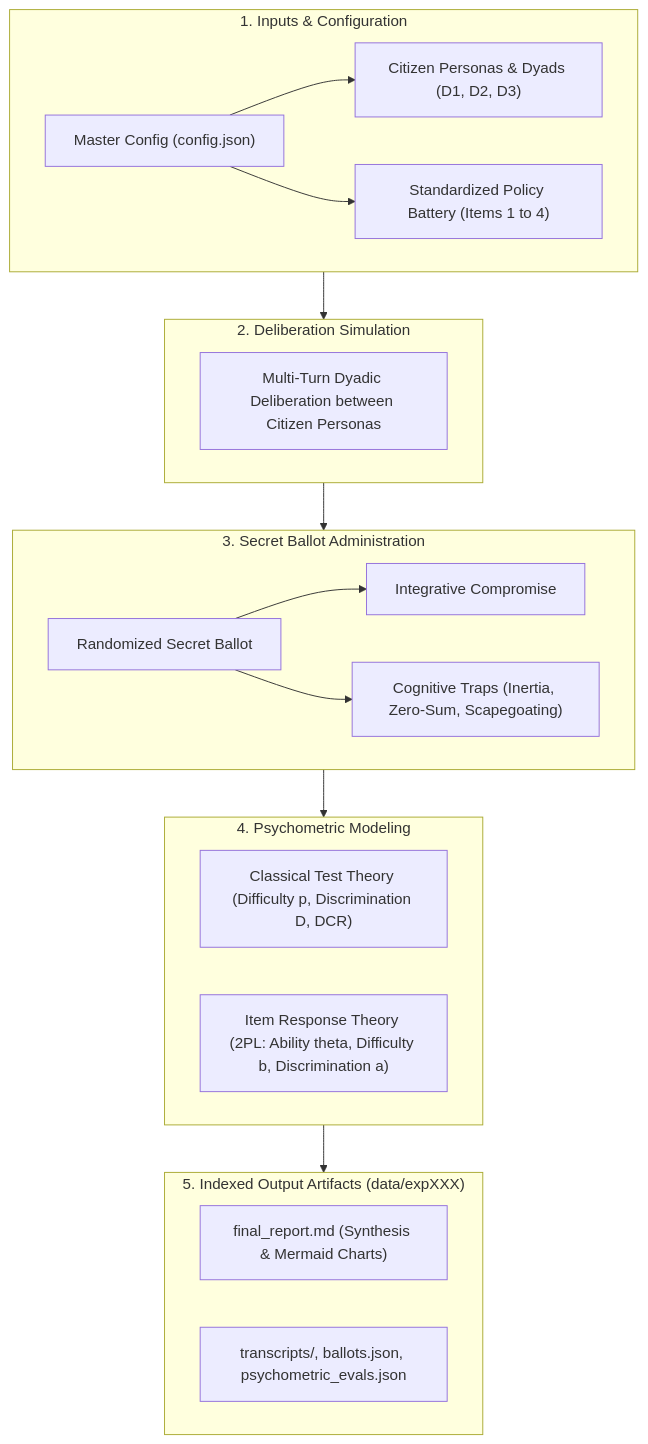
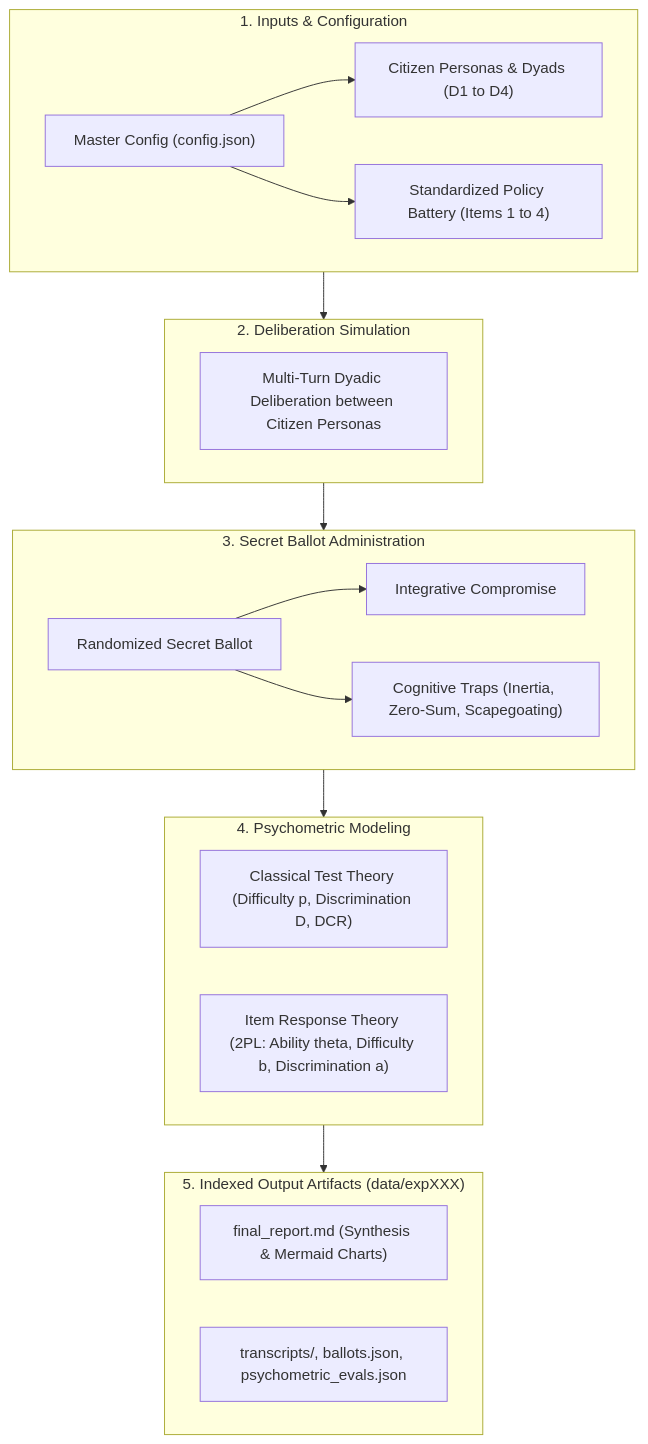
One commit to yashpola/simple-simulation-irt-evaluation-in-deliberation changed the diagram in data/exp000/final_report.md. Above: the diagram before and after it, drawn with Mermaid. The commit also changed other lines of this file and 12 other files, not shown here.

````diff
--- a/data/exp000/final_report.md
+++ b/data/exp000/final_report.md
@@ -26,35 +26,35 @@
 ```mermaid
 flowchart TD
     subgraph Phase1 ["1. Inputs & Configuration"]
         CFG["Master Config (config.json)"]
-        DYADS["Citizen Personas & Dyads (D1, D2, D3)"]
+        DYADS["Citizen Personas & Dyads (D1 to D4)"]
         ITEMS["Standardized Policy Battery (Items 1 to 4)"]
         CFG --> DYADS & ITEMS
     end
 
     subgraph Phase2 ["2. Deliberation Simulation"]
         DIALOGUE["Multi-Turn Dyadic Deliberation between Citizen Personas"]
     end
 
     subgraph Phase3 ["3. Secret Ballot Administration"]
         BALLOT["Randomized Secret Ballot"]
         KEY["Integrative Compromise"]
         TRAPS["Cognitive Traps (Inertia, Zero-Sum, Scapegoating)"]
         BALLOT --> KEY & TRAPS
     end
 
     subgraph Phase4 ["4. Psychometric Modeling"]
         CTT["Classical Test Theory (Difficulty p, Discrimination D, DCR)"]
         IRT["Item Response Theory (2PL: Ability theta, Difficulty b, Discrimination a)"]
     end
 
     subgraph Phase5 ["5. Indexed Output Artifacts (data/expXXX)"]
         REPORT["final_report.md (Synthesis & Mermaid Charts)"]
         JSONS["transcripts/, ballots.json, psychometric_evals.json"]
     end
 
     Phase1 --> Phase2
     Phase2 --> Phase3
     Phase3 --> Phase4
     Phase4 --> Phase5
 ```
````
